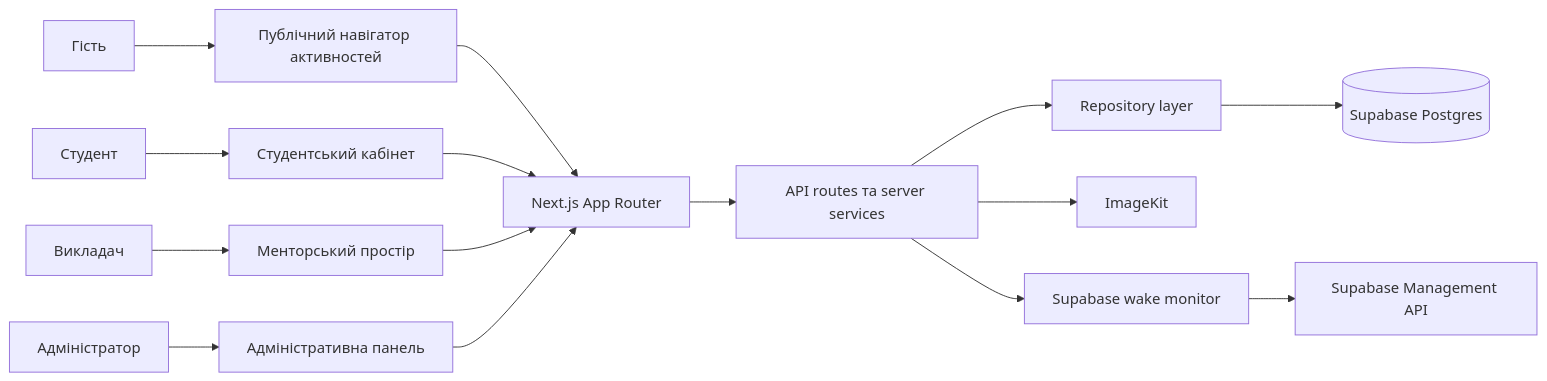
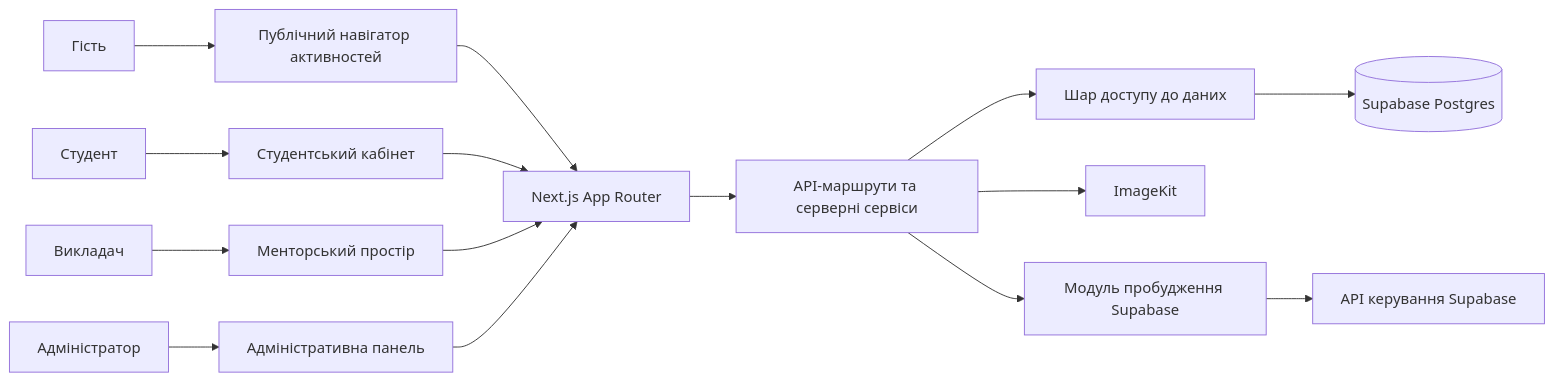
Before and after one commit to danilostahiv887-cmd/StudentFlow: the first of 5 diagrams in output/doc/studentflow_diploma_sections.md, drawn with Mermaid. The commit also changed other lines of this file and 4 other files, not shown here.

````diff
--- a/output/doc/studentflow_diploma_sections.md
+++ b/output/doc/studentflow_diploma_sections.md
@@ -157,17 +157,17 @@
 ```mermaid
 flowchart LR
   Guest[Гість] --> Public[Публічний навігатор активностей]
   Student[Студент] --> StudentDesk[Студентський кабінет]
   Teacher[Викладач] --> TeacherDesk[Менторський простір]
   Admin[Адміністратор] --> AdminDesk[Адміністративна панель]
   Public --> Next[Next.js App Router]
   StudentDesk --> Next
   TeacherDesk --> Next
   AdminDesk --> Next
-  Next --> Actions[API routes та server services]
-  Actions --> Repository[Repository layer]
+  Next --> Actions[API-маршрути та серверні сервіси]
+  Actions --> Repository[Шар доступу до даних]
   Repository --> Supabase[(Supabase Postgres)]
   Actions --> ImageKit[ImageKit]
-  Actions --> Wake[Supabase wake monitor]
-  Wake --> SupabaseAPI[Supabase Management API]
+  Actions --> Wake[Модуль пробудження Supabase]
+  Wake --> SupabaseAPI[API керування Supabase]
 ```
````
